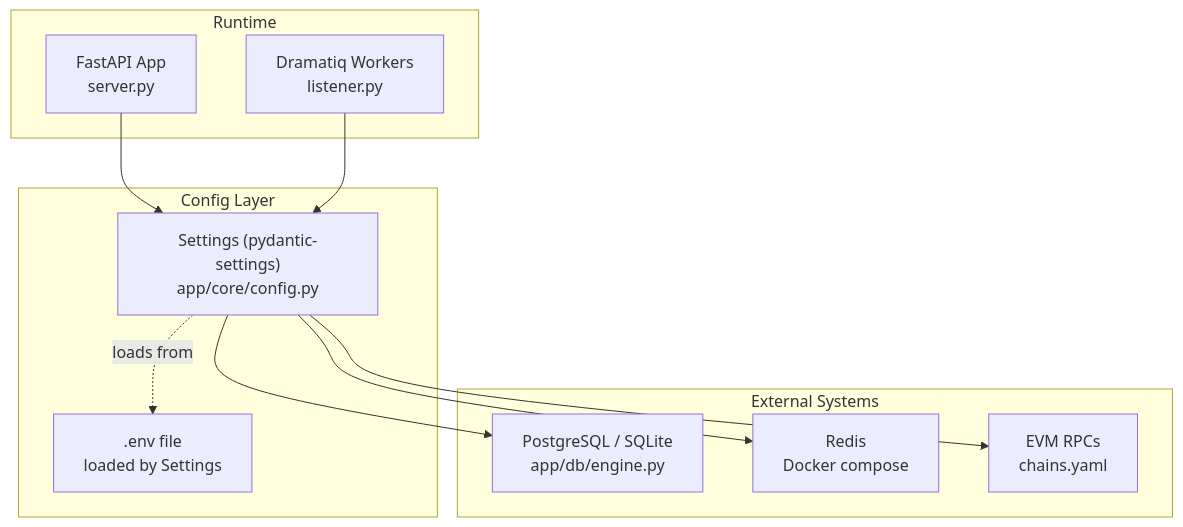
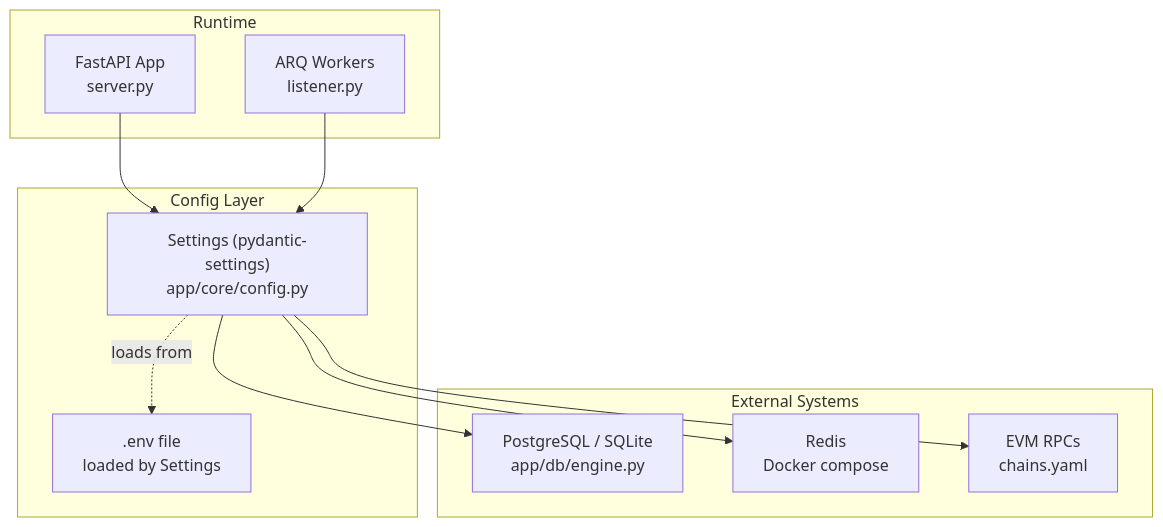
Before and after one commit to rakibhossain72/ctrip-docs: the first of 8 diagrams in docs/configuration-management/environment-variables.md, drawn with Mermaid. The commit also changed other lines of this file and 25 other files, not shown here.

First line of the commit message:
docs: Update documentation to reflect ARQ task migration from Dramatiq

````diff
--- a/docs/configuration-management/environment-variables.md
+++ b/docs/configuration-management/environment-variables.md
@@ -36,22 +36,22 @@
 ```mermaid
 graph TB
 subgraph "Runtime"
 S["FastAPI App<br/>server.py"]
-W["Dramatiq Workers<br/>listener.py"]
+W["ARQ Workers<br/>listener.py"]
 end
 subgraph "Config Layer"
 C["Settings (pydantic-settings)<br/>app/core/config.py"]
 E[".env file<br/>loaded by Settings"]
 end
 subgraph "External Systems"
 DB["PostgreSQL / SQLite<br/>app/db/engine.py"]
 R["Redis<br/>Docker compose"]
 BC["EVM RPCs<br/>chains.yaml"]
 end
 S --> C
 W --> C
 C --> DB
 C --> R
 C --> BC
 C -. "loads from" .-> E
 ```
````
